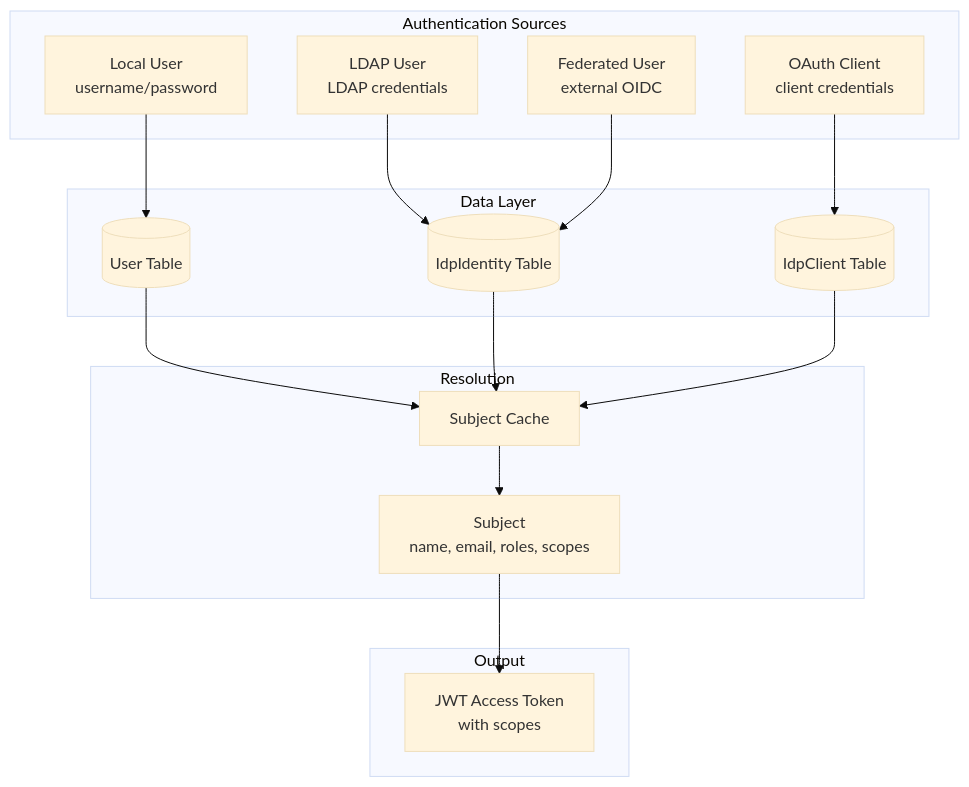
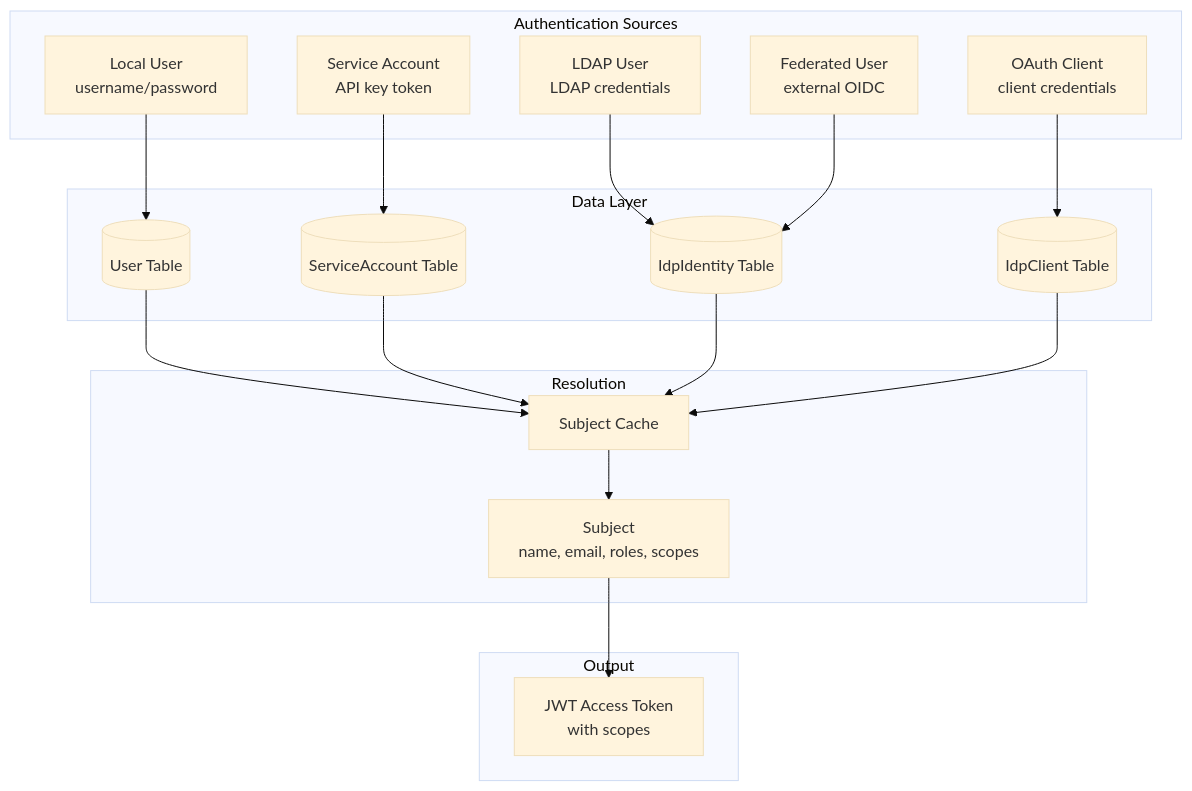
Before and after one commit to konveyor/tackle2-hub: the second of 12 diagrams in internal/auth/README.md, drawn with Mermaid (base theme). The commit also changed other lines of this file and 50 other files, not shown here.

````diff
--- a/internal/auth/README.md
+++ b/internal/auth/README.md
@@ -247,36 +249,40 @@
 ```mermaid
 graph TB
     subgraph "Authentication Sources"
         LocalUser[Local User<br/>username/password]
+        SvcAcct[Service Account<br/>API key token]
         LDAPUser[LDAP User<br/>LDAP credentials]
         FedUser[Federated User<br/>external OIDC]
         OAuthClient[OAuth Client<br/>client credentials]
     end
     
     subgraph "Data Layer"
         UserTable[(User Table)]
+        SATable[(ServiceAccount Table)]
         IdentityTable[(IdpIdentity Table)]
         ClientTable[(IdpClient Table)]
     end
     
     subgraph "Resolution"
         SubjectCache[Subject Cache]
         SubjectAbstraction[Subject<br/>name, email, roles, scopes]
     end
     
     subgraph "Output"
         JWT[JWT Access Token<br/>with scopes]
     end
     
     LocalUser --> UserTable
+    SvcAcct --> SATable
     LDAPUser --> IdentityTable
     FedUser --> IdentityTable
     OAuthClient --> ClientTable
     
     UserTable --> SubjectCache
+    SATable --> SubjectCache
     IdentityTable --> SubjectCache
     ClientTable --> SubjectCache
     
     SubjectCache --> SubjectAbstraction
     SubjectAbstraction --> JWT
 ```
````
